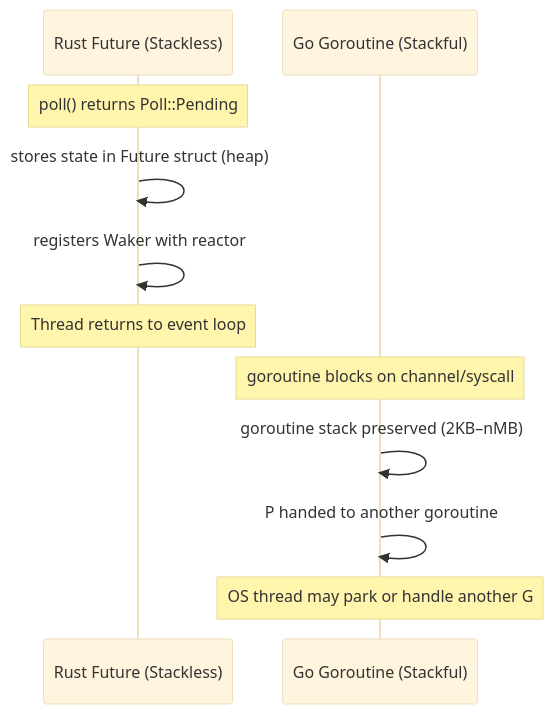
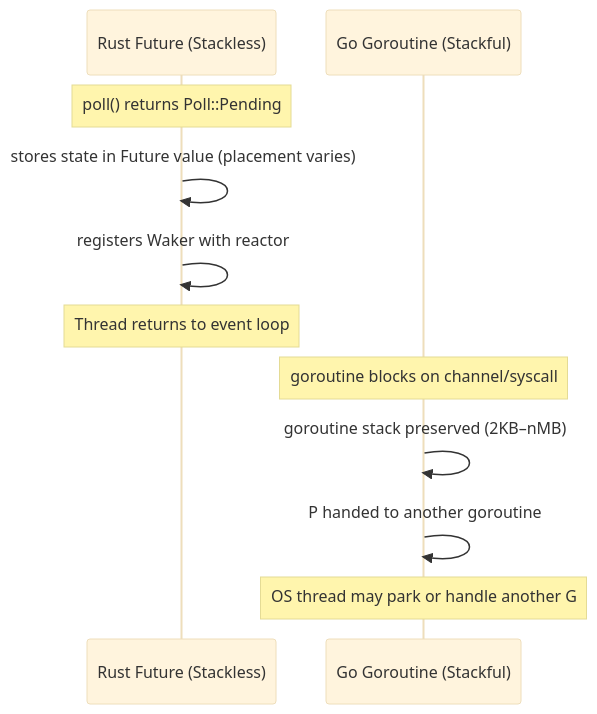
One commit to choisimo/document changed diagram 21 of 34 in content/docs/books/cs-reference/ko/programming-languages-internals.md. Above: the diagram before and after it, drawn with Mermaid (base theme). The commit also changed other lines of this file and 504 other files, not shown here.

````diff
--- a/content/docs/books/cs-reference/ko/programming-languages-internals.md
+++ b/content/docs/books/cs-reference/ko/programming-languages-internals.md
@@ -392,15 +400,15 @@
 ```mermaid
 sequenceDiagram
     participant RustFuture as Rust Future (Stackless)
     participant GoRoutine as Go Goroutine (Stackful)
 
     Note over RustFuture: poll() returns Poll::Pending
-    RustFuture->>RustFuture: stores state in Future struct (heap)
+    RustFuture->>RustFuture: stores state in Future value (placement varies)
     RustFuture->>RustFuture: registers Waker with reactor
     Note over RustFuture: Thread returns to event loop
 
     Note over GoRoutine: goroutine blocks on channel/syscall
     GoRoutine->>GoRoutine: goroutine stack preserved (2KB–nMB)
     GoRoutine->>GoRoutine: P handed to another goroutine
     Note over GoRoutine: OS thread may park or handle another G
 ```
````
